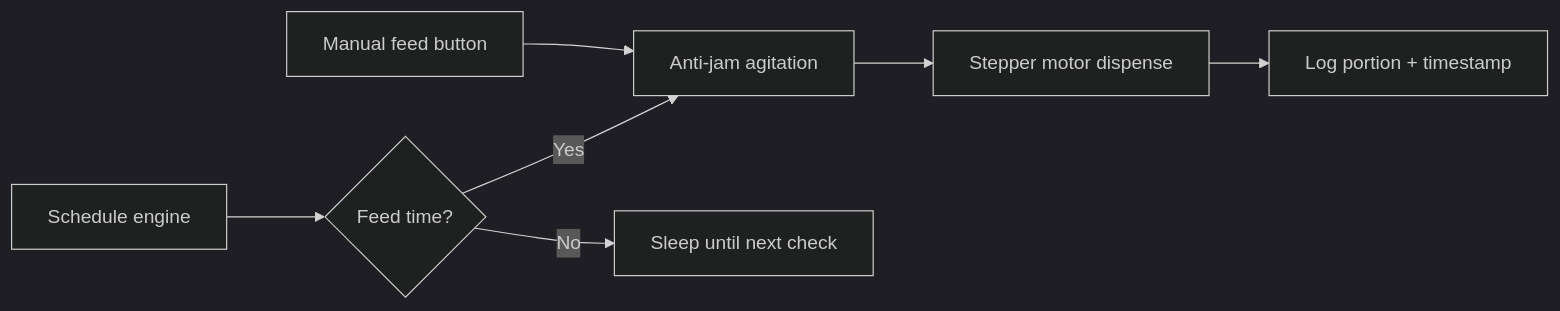
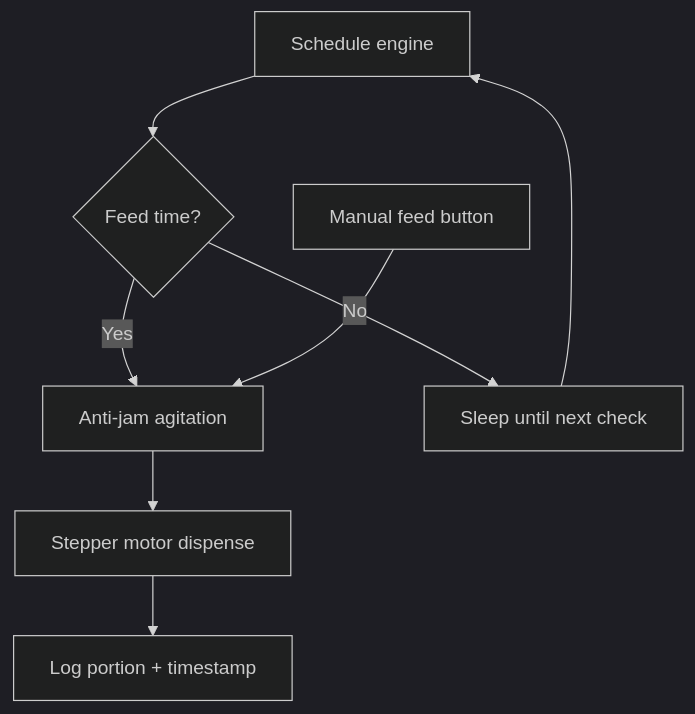
The diagram in src/content/projects/petfeedr.md (Minimalistic/marsh.city), drawn with Mermaid (dark theme) before and after one commit.

Commit message:
fix: add loop arrow in PetFeedr flowchart from sleep back to schedule engine

````diff
--- a/src/content/projects/petfeedr.md
+++ b/src/content/projects/petfeedr.md
@@ -38,9 +38,10 @@
 ```mermaid
-flowchart LR
+flowchart TD
   A[Schedule engine] --> B{Feed time?}
   B -->|Yes| C[Anti-jam agitation]
+  B -->|No| F[Sleep until next check]
+  F --> A
   C --> D[Stepper motor dispense]
   D --> E[Log portion + timestamp]
-  B -->|No| F[Sleep until next check]
   G[Manual feed button] --> C
 ```
````
